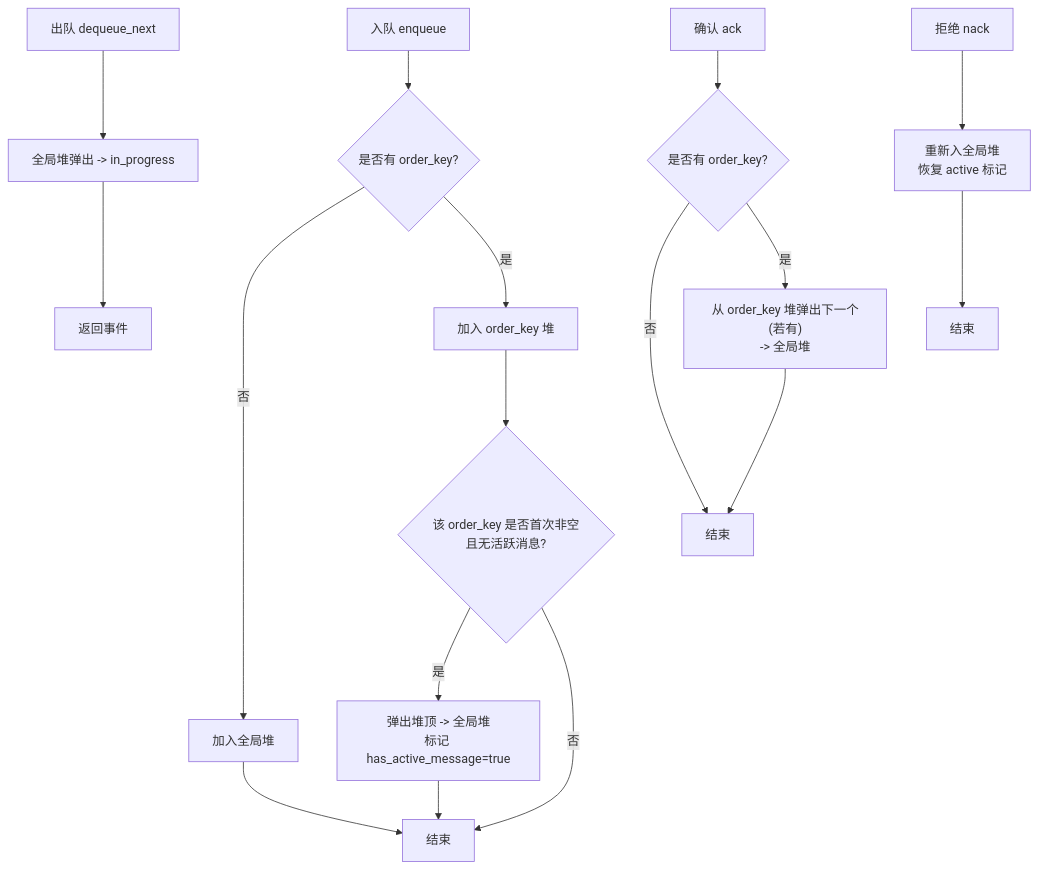
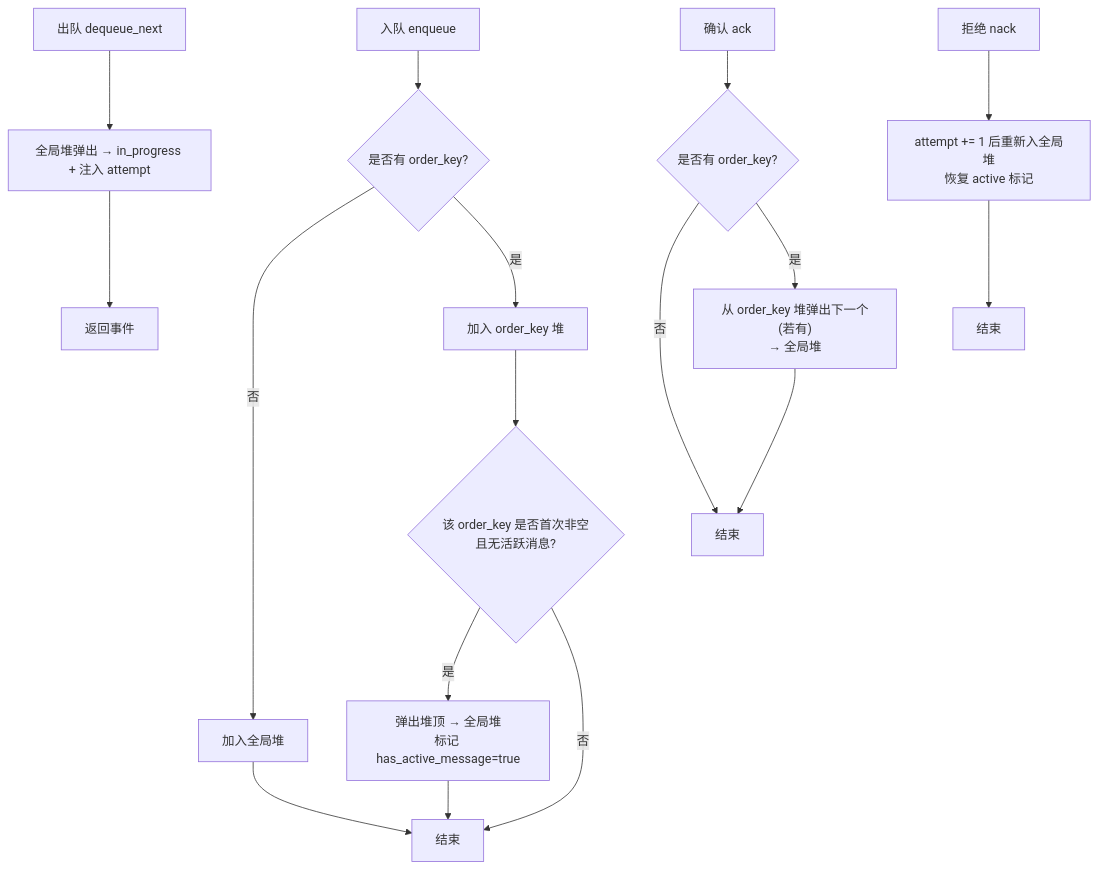
The fifth of 8 diagrams in docs/wiki/zh/content/核心模块/AOP 事件系统/事件队列系统/事件调度器.md (runningcoders/ai_orz), drawn with Mermaid before and after one commit. The commit also changed other lines of this file and 37 other files, not shown here.

````diff
--- a/docs/wiki/zh/content/核心模块/AOP 事件系统/事件队列系统/事件调度器.md
+++ b/docs/wiki/zh/content/核心模块/AOP 事件系统/事件队列系统/事件调度器.md
@@ -191,19 +201,19 @@
 ```mermaid
-flowchart TD
+graph TB
 A["入队 enqueue"] --> B{"是否有 order_key?"}
 B --> |否| G["加入全局堆"]
 B --> |是| K["加入 order_key 堆"]
 K --> C{"该 order_key 是否首次非空且无活跃消息?"}
-C --> |是| H["弹出堆顶 -> 全局堆<br/>标记 has_active_message=true"]
+C --> |是| H["弹出堆顶 → 全局堆<br/>标记 has_active_message=true"]
 C --> |否| End1["结束"]
 G --> End1
 H --> End1
-D["出队 dequeue_next"] --> E["全局堆弹出 -> in_progress"]
+D["出队 dequeue_next"] --> E["全局堆弹出 → in_progress + 注入 attempt"]
 E --> End2["返回事件"]
 F["确认 ack"] --> I{"是否有 order_key?"}
 I --> |否| End3["结束"]
-I --> |是| J["从 order_key 堆弹出下一个(若有)<br/>-> 全局堆"]
+I --> |是| J["从 order_key 堆弹出下一个(若有)<br/>→ 全局堆"]
 J --> End3
-L["拒绝 nack"] --> M["重新入全局堆<br/>恢复 active 标记"]
+L["拒绝 nack"] --> M["attempt += 1 后重新入全局堆<br/>恢复 active 标记"]
 M --> End4["结束"]
 ```
````
